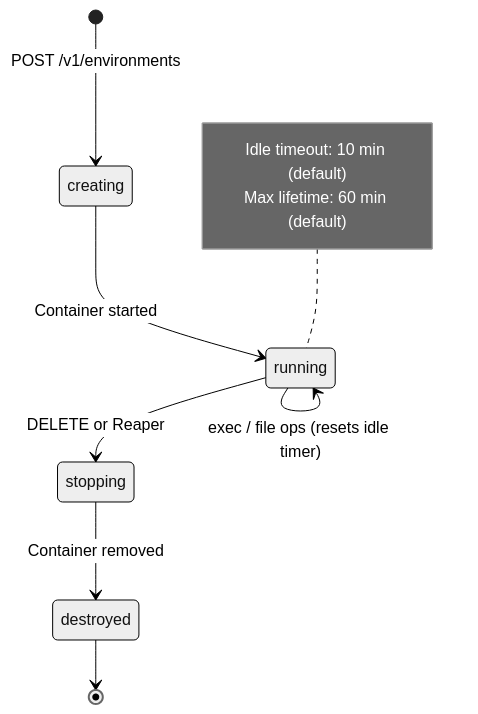
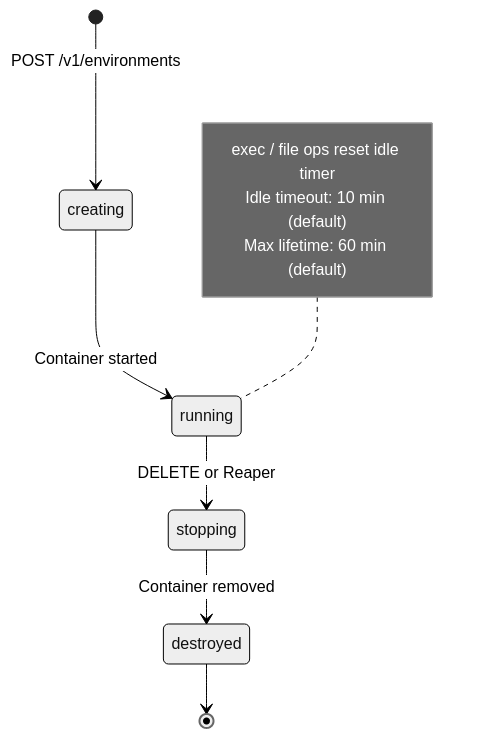
Before and after one commit to dacs30/Forge-Agent-Harness-API: the fourth of 5 diagrams in README.md, drawn with Mermaid (neutral theme).

Commit message:
Remove self-loop from container lifecycle diagram
stateDiagram-v2 renders self-loops poorly (arrow goes off-canvas,
label floats disconnected). Move the exec/file ops note into the
left-of-running annotation instead.

https://claude.ai/code/session_01SQMbqzt5DX4sYcyXAbfjVS

````diff
--- a/README.md
+++ b/README.md
@@ -123,14 +123,14 @@
 ```mermaid
 stateDiagram-v2
     [*] --> creating : POST /v1/environments
     creating --> running : Container started
-    running --> running : exec / file ops (resets idle timer)
     running --> stopping : DELETE or Reaper
     stopping --> destroyed : Container removed
     destroyed --> [*]
 
     note left of running
+        exec / file ops reset idle timer
         Idle timeout: 10 min (default)
         Max lifetime: 60 min (default)
     end note
 ```
````
